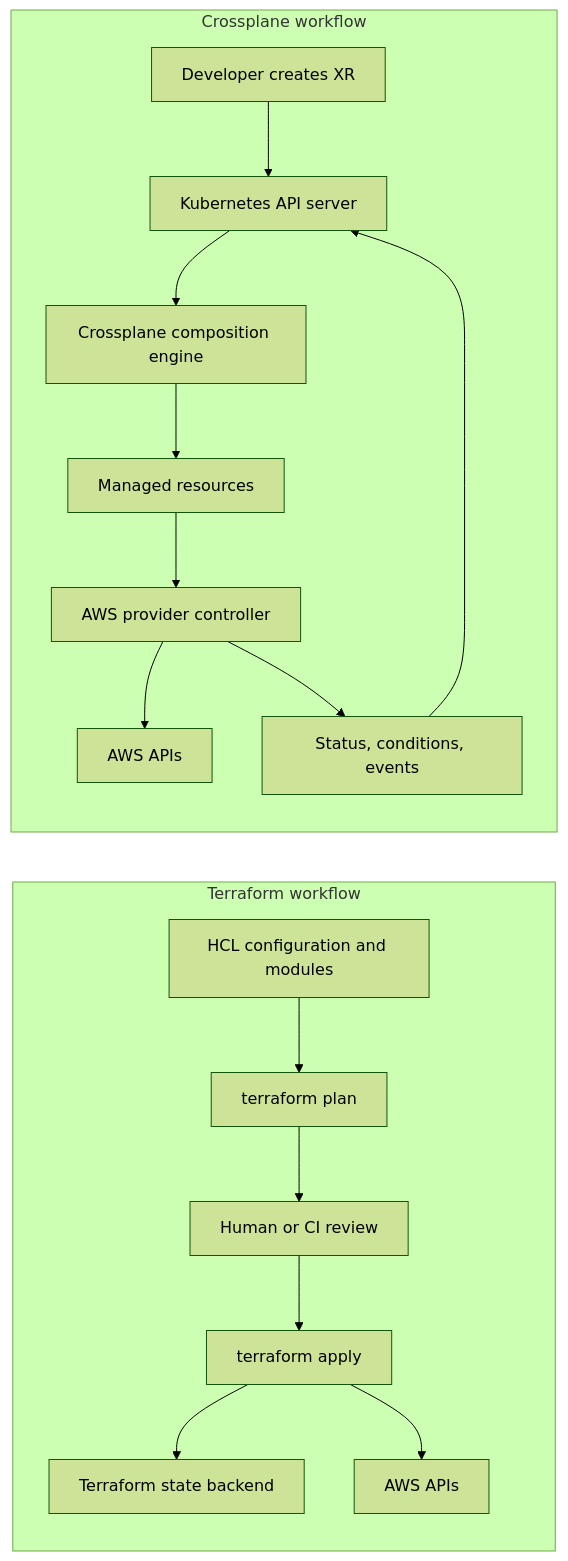
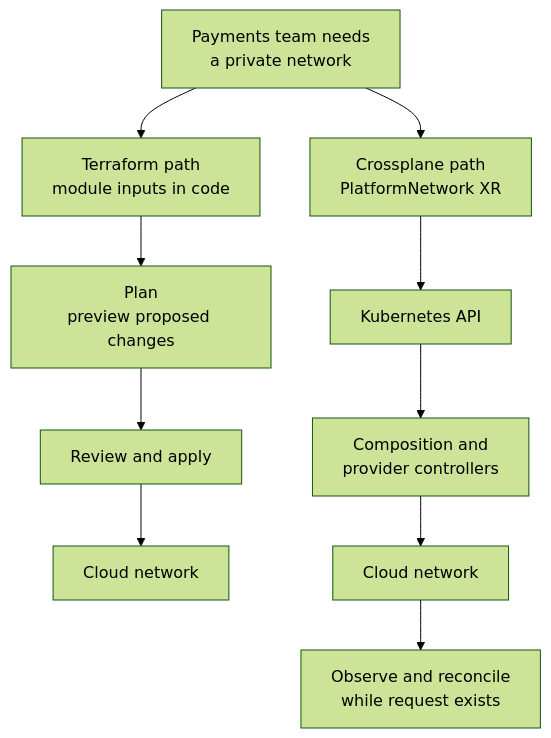
One commit to David-A18/MY-humble-knowledge-for-everyone changed the diagram in knowledge/kubernetes/crossplane/terraform-vs-crossplane.md. Above: the diagram before and after it, drawn with Mermaid (forest theme). The commit also changed other lines of this file and 6 other files, not shown here.

Commit message:
Clarify when to use Terraform or Crossplane

````diff
--- a/knowledge/kubernetes/crossplane/terraform-vs-crossplane.md
+++ b/knowledge/kubernetes/crossplane/terraform-vs-crossplane.md
@@ -47,20 +67,13 @@
 ```mermaid
-flowchart LR
-    subgraph Terraform["Terraform workflow"]
-        TFCode["HCL configuration and modules"] --> TFPlan["terraform plan"]
-        TFPlan --> TFReview["Human or CI review"]
-        TFReview --> TFApply["terraform apply"]
-        TFApply --> TFState["Terraform state backend"]
-        TFApply --> AWS1["AWS APIs"]
-    end
-
-    subgraph Crossplane["Crossplane workflow"]
-        XR["Developer creates XR"] --> API["Kubernetes API server"]
-        API --> XP["Crossplane composition engine"]
-        XP --> MR["Managed resources"]
-        MR --> Provider["AWS provider controller"]
-        Provider --> AWS2["AWS APIs"]
-        Provider --> Status["Status, conditions, events"]
-        Status --> API
-    end
+flowchart TB
+  request["Payments team needs<br/>a private network"]
+  request --> tfCode["Terraform path<br/>module inputs in code"]
+  tfCode --> plan["Plan<br/>preview proposed changes"]
+  plan --> review["Review and apply"]
+  review --> tfCloud["Cloud network"]
+  request --> xr["Crossplane path<br/>PlatformNetwork XR"]
+  xr --> kube["Kubernetes API"]
+  kube --> compose["Composition and<br/>provider controllers"]
+  compose --> xpCloud["Cloud network"]
+  xpCloud --> observe["Observe and reconcile<br/>while request exists"]
 ```
````
